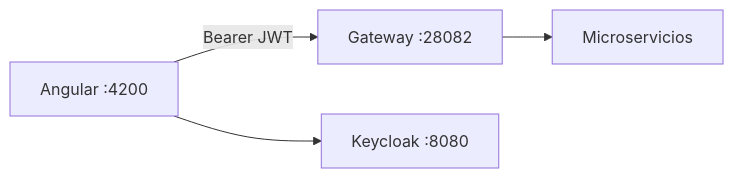
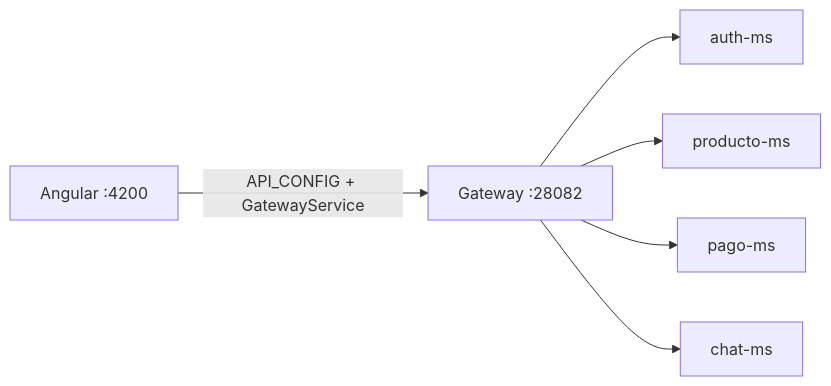
One commit to erickmijael17/SmartCampus-Marketplace changed the first of 2 diagrams in docs/sesiones/s11-frontend-angular.md. Above: the diagram before and after it, drawn with Mermaid. The commit also changed other lines of this file and 23 other files, not shown here.

Commit message:
docs: update frontend and payment flows

````diff
--- a/docs/sesiones/s11-frontend-angular.md
+++ b/docs/sesiones/s11-frontend-angular.md
@@ -46,9 +48,15 @@
 ```mermaid
 flowchart LR
     NG["Angular :4200"]
     GW["Gateway :28082"]
-    KC["Keycloak :8080"]
-    MS["Microservicios"]
-    NG --> KC
-    NG -->|"Bearer JWT"| GW --> MS
+    AUTH["auth-ms"]
+    PROD["producto-ms"]
+    PAY["pago-ms"]
+    CHAT["chat-ms"]
+
+    NG -->|"API_CONFIG + GatewayService"| GW
+    GW --> AUTH
+    GW --> PROD
+    GW --> PAY
+    GW --> CHAT
 ```
````
